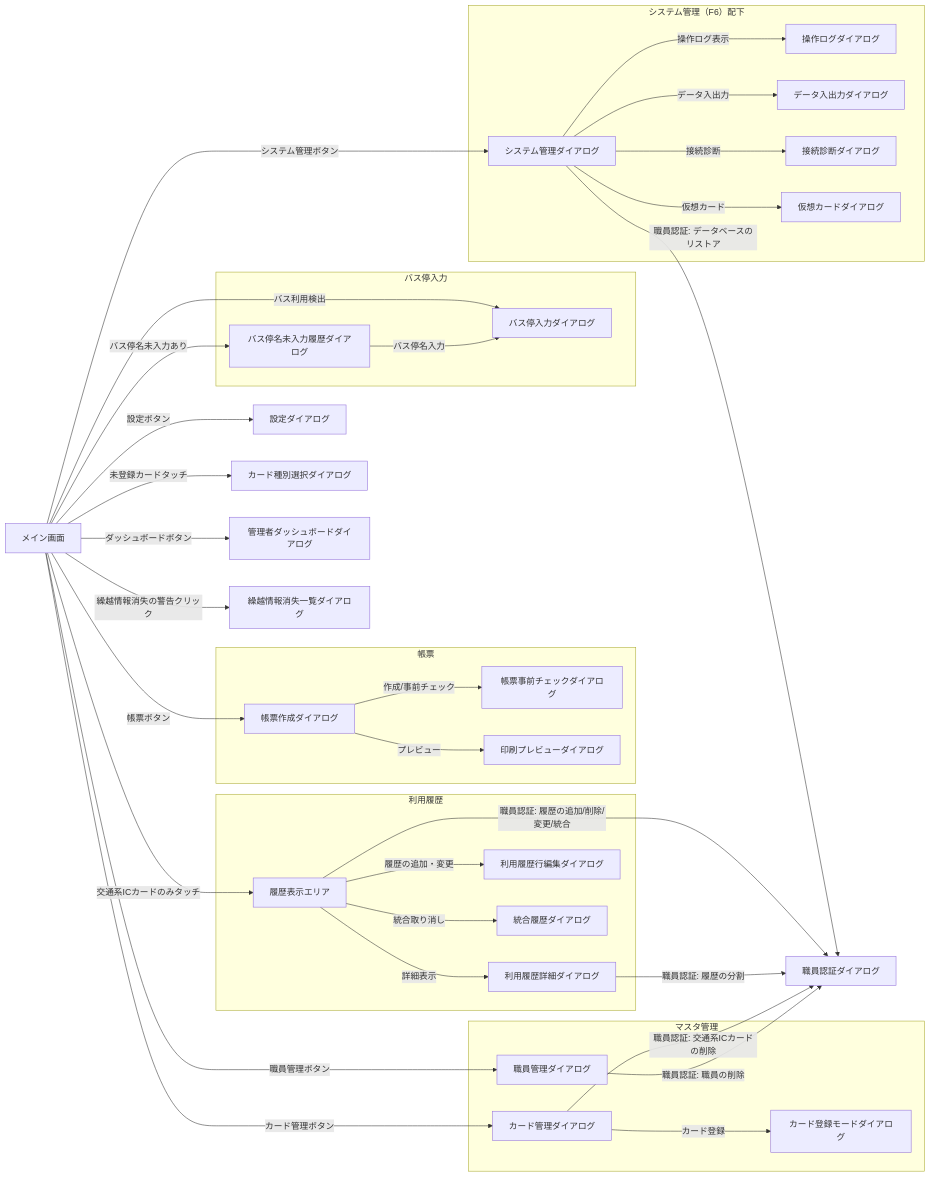
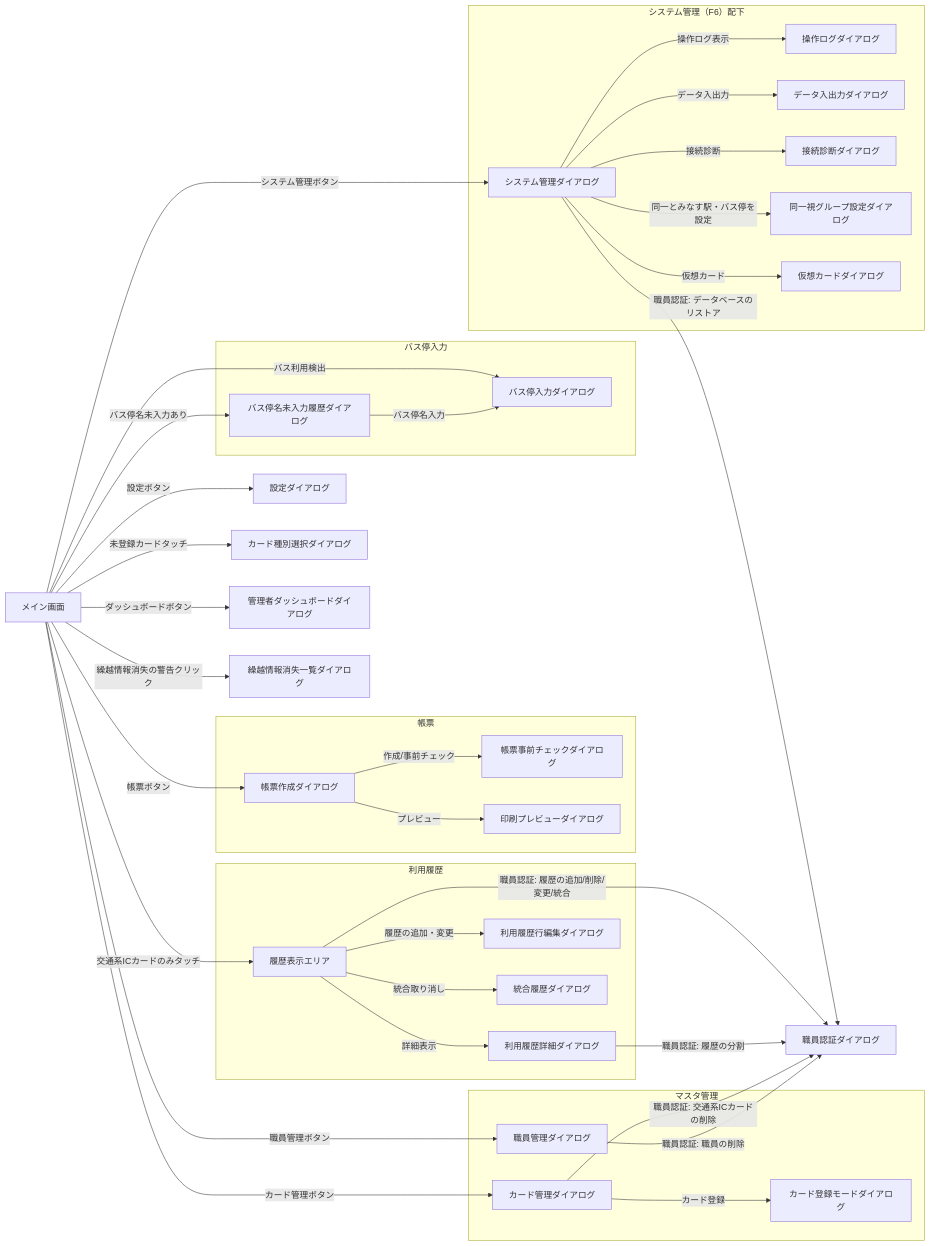
The first of 2 diagrams in ICCardManager/docs/design/03_画面設計書.md (kuwayamamasayuki/ICCardManager), drawn with Mermaid before and after one commit. The commit also changed other lines of this file and 23 other files, not shown here.

````diff
--- a/ICCardManager/docs/design/03_画面設計書.md
+++ b/ICCardManager/docs/design/03_画面設計書.md
@@ -18,72 +18,74 @@
 ```mermaid
 graph LR
     MAIN[メイン画面]
     SETTINGS[設定ダイアログ]
     CARDTYPE[カード種別選択ダイアログ]
     STAFFAUTH[職員認証ダイアログ]
     ADMINDASH[管理者ダッシュボードダイアログ]
 
     subgraph SG_MASTER[マスタ管理]
         STAFF[職員管理ダイアログ]
         CARD[カード管理ダイアログ]
         CARDREGMODE[カード登録モードダイアログ]
     end
 
     subgraph SG_HISTORY[利用履歴]
         HISTORY[履歴表示エリア]
         LEDGERDETAIL[利用履歴詳細ダイアログ]
         LEDGERROWEDIT[利用履歴行編集ダイアログ]
         MERGEHIST[統合履歴ダイアログ]
     end
 
     subgraph SG_REPORT[帳票]
         REPORT[帳票作成ダイアログ]
         PREFLIGHT[帳票事前チェックダイアログ]
         PREVIEW[印刷プレビューダイアログ]
     end
 
     subgraph SG_BUSSTOP[バス停入力]
         BUSSTOP[バス停入力ダイアログ]
         INCBUSSTOP[バス停名未入力履歴ダイアログ]
     end
 
     CARRYLOSS[繰越情報消失一覧ダイアログ]
 
     subgraph SG_SYSTEM[システム管理（F6）配下]
         SYSMGMT[システム管理ダイアログ]
         OPLOG[操作ログダイアログ]
         DATAEXIMP[データ入出力ダイアログ]
         DIAG[接続診断ダイアログ]
+        TSGROUP[同一視グループ設定ダイアログ]
         VIRTUALCARD[仮想カードダイアログ]
     end
 
     MAIN -->|職員管理ボタン| STAFF
     MAIN -->|カード管理ボタン| CARD
     MAIN -->|設定ボタン| SETTINGS
     MAIN -->|帳票ボタン| REPORT
     MAIN -->|システム管理ボタン| SYSMGMT
     MAIN -->|ダッシュボードボタン| ADMINDASH
     MAIN -->|交通系ICカードのみタッチ| HISTORY
     MAIN -->|バス利用検出| BUSSTOP
     MAIN -->|未登録カードタッチ| CARDTYPE
     MAIN -->|バス停名未入力あり| INCBUSSTOP
     MAIN -->|繰越情報消失の警告クリック| CARRYLOSS
 
     CARD -->|カード登録| CARDREGMODE
     HISTORY -->|詳細表示| LEDGERDETAIL
     HISTORY -->|履歴の追加・変更| LEDGERROWEDIT
     HISTORY -->|統合取り消し| MERGEHIST
     REPORT -->|作成/事前チェック| PREFLIGHT
     REPORT -->|プレビュー| PREVIEW
     INCBUSSTOP -->|バス停名入力| BUSSTOP
     SYSMGMT -->|操作ログ表示| OPLOG
     SYSMGMT -->|データ入出力| DATAEXIMP
     SYSMGMT -->|接続診断| DIAG
+    SYSMGMT -->|同一とみなす駅・バス停を設定| TSGROUP
     SYSMGMT -->|仮想カード| VIRTUALCARD
 
     CARD -->|職員認証: 交通系ICカードの削除| STAFFAUTH
     STAFF -->|職員認証: 職員の削除| STAFFAUTH
     HISTORY -->|職員認証: 履歴の追加/削除/変更/統合| STAFFAUTH
     LEDGERDETAIL -->|職員認証: 履歴の分割| STAFFAUTH
     SYSMGMT -->|職員認証: データベースのリストア| STAFFAUTH
 ```
````
